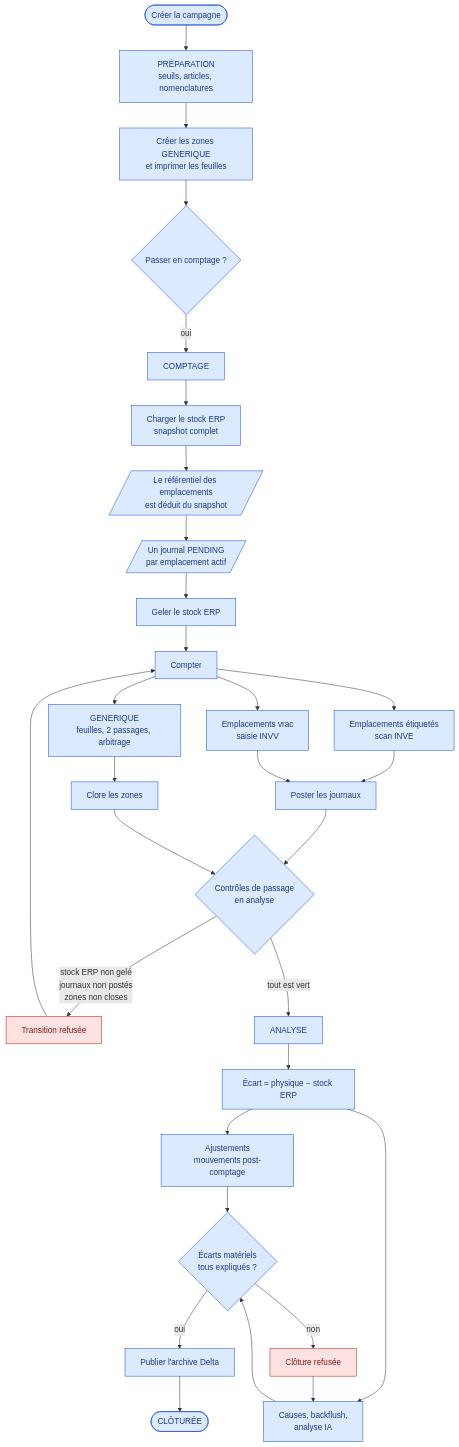
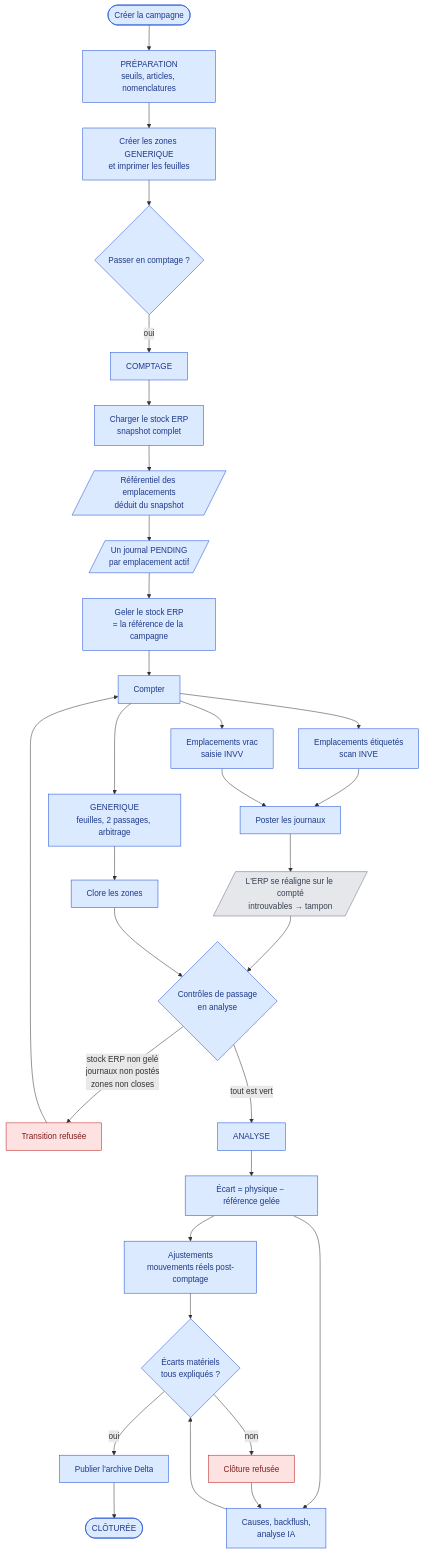
One commit to yns11/DEV-INV-G changed the second of 8 diagrams in docs/08-algorigrammes.md. Above: the diagram before and after it, drawn with Mermaid. The commit also changed other lines of this file and 1 other file, not shown here.

````diff
--- a/docs/08-algorigrammes.md
+++ b/docs/08-algorigrammes.md
@@ -22,42 +64,46 @@
 ```mermaid
 flowchart TD
     A([Créer la campagne]) --> B[PRÉPARATION<br/>seuils, articles, nomenclatures]
     B --> C[Créer les zones GENERIQUE<br/>et imprimer les feuilles]
     C --> D{Passer en comptage ?}
     D -->|oui| E[COMPTAGE]
 
     E --> F[Charger le stock ERP<br/>snapshot complet]
-    F --> G[/Le référentiel des emplacements<br/>est déduit du snapshot/]
+    F --> G[/Référentiel des emplacements<br/>déduit du snapshot/]
     G --> H[/Un journal PENDING<br/>par emplacement actif/]
-    H --> I[Geler le stock ERP]
+    H --> I[Geler le stock ERP<br/>= la référence de la campagne]
 
     I --> J[Compter]
     J --> J1[Emplacements étiquetés<br/>scan INVE]
     J --> J2[Emplacements vrac<br/>saisie INVV]
     J --> J3[GENERIQUE<br/>feuilles, 2 passages, arbitrage]
 
     J1 --> K[Poster les journaux]
     J2 --> K
     J3 --> K3[Clore les zones]
 
-    K --> L{Contrôles de passage<br/>en analyse}
+    K --> KR[/L'ERP se réaligne sur le compté<br/>introuvables → tampon/]
+
+    KR --> L{Contrôles de passage<br/>en analyse}
     K3 --> L
     L -->|stock ERP non gelé<br/>journaux non postés<br/>zones non closes| LX[Transition refusée]
     LX --> J
     L -->|tout est vert| M[ANALYSE]
 
-    M --> N[Écart = physique − stock ERP]
-    N --> O[Ajustements<br/>mouvements post-comptage]
+    M --> N[Écart = physique − référence gelée]
+    N --> O[Ajustements<br/>mouvements réels post-comptage]
     N --> P[Causes, backflush,<br/>analyse IA]
     O --> Q{Écarts matériels<br/>tous expliqués ?}
     P --> Q
     Q -->|non| QX[Clôture refusée]
     QX --> P
     Q -->|oui| R[Publier l'archive Delta]
     R --> S([CLÔTURÉE])
 
     classDef existant fill:#dbeafe,stroke:#1d4ed8,color:#1e3a8a
     classDef bloc fill:#fee2e2,stroke:#b91c1c,color:#7f1d1d
+    classDef erp fill:#e5e7eb,stroke:#6b7280,color:#374151
     class A,B,C,D,E,F,G,H,I,J,J1,J2,J3,K,K3,L,M,N,O,P,Q,R,S existant
     class LX,QX bloc
+    class KR erp
 ```
````
